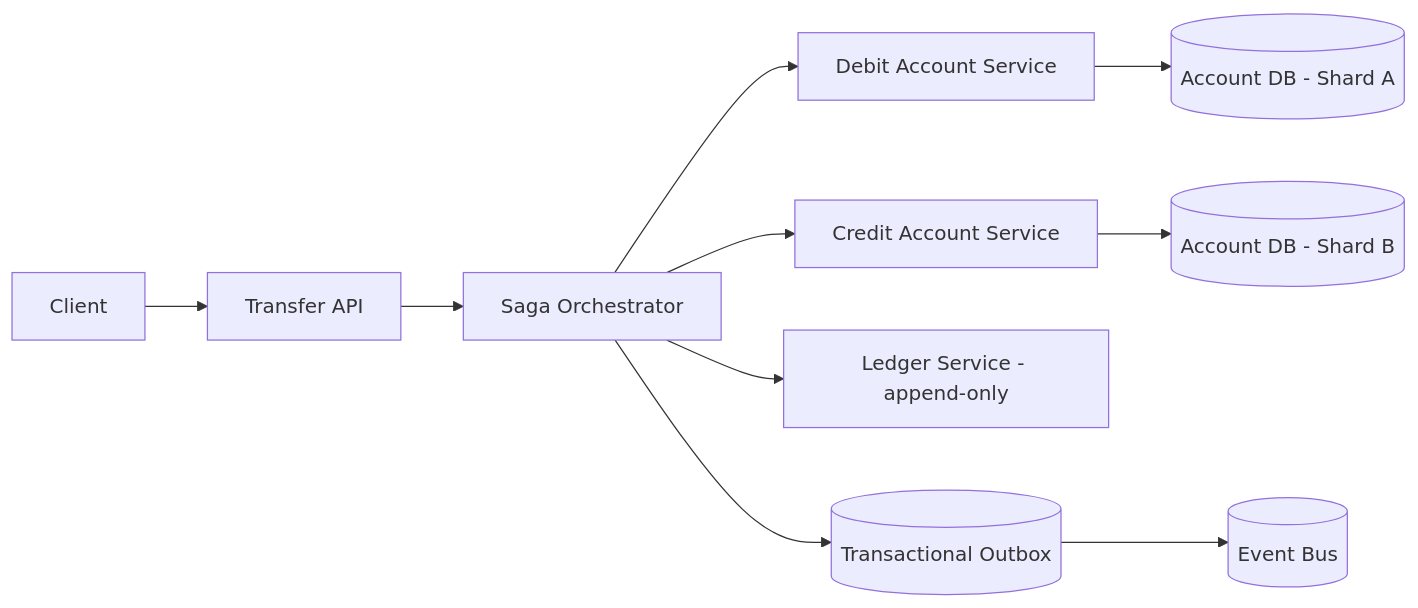
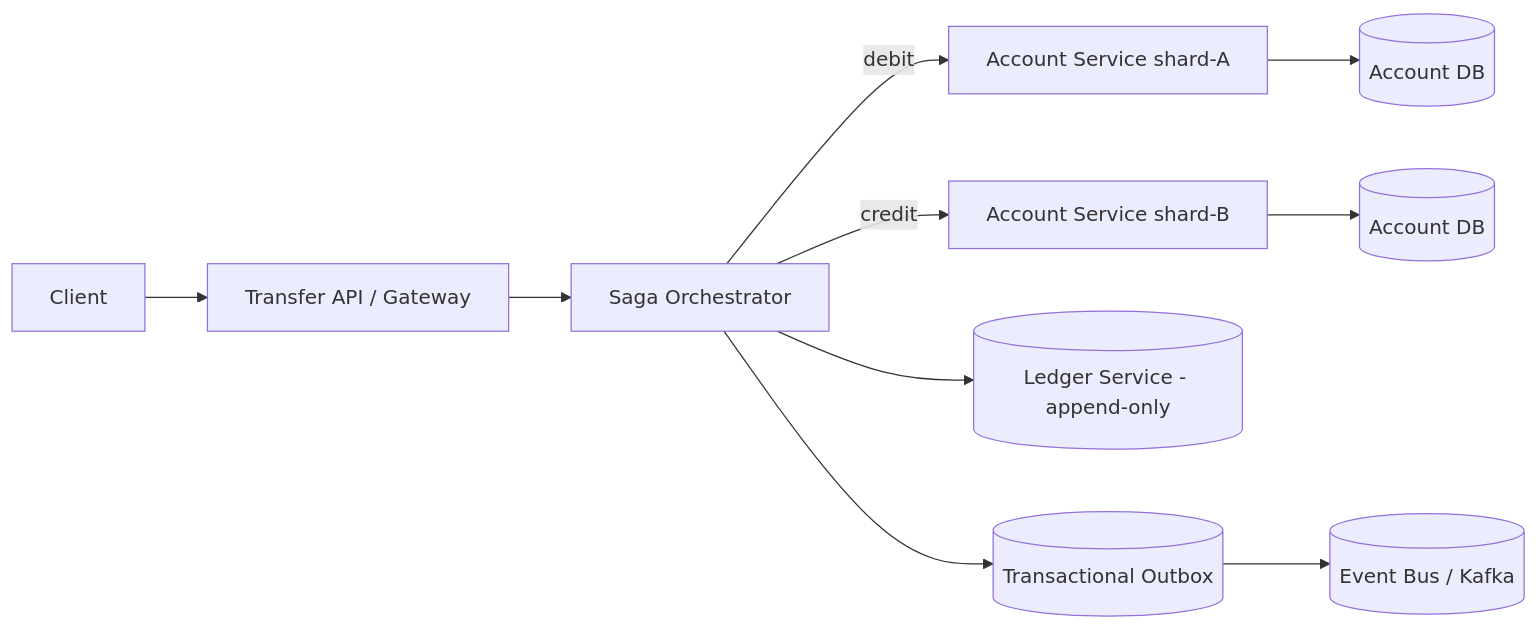
One commit to abhishekghoshh/system-design-helper changed the first of 12 diagrams in docs/system-design/high-level/designing/advanced/distributed-transaction-banking-system.md. Above: the diagram before and after it, drawn with Mermaid. The commit also changed other lines of this file and 107 other files, not shown here.

````diff
--- a/docs/system-design/high-level/designing/advanced/distributed-transaction-banking-system.md
+++ b/docs/system-design/high-level/designing/advanced/distributed-transaction-banking-system.md
@@ -66,12 +58,12 @@
 ```mermaid
 flowchart LR
-    Client --> TransferAPI[Transfer API]
-    TransferAPI --> SagaOrchestrator[Saga Orchestrator]
-    SagaOrchestrator --> DebitService[Debit Account Service]
-    SagaOrchestrator --> CreditService[Credit Account Service]
-    SagaOrchestrator --> LedgerService[Ledger Service - append-only]
-    DebitService --> DebitDB[(Account DB - Shard A)]
-    CreditService --> CreditDB[(Account DB - Shard B)]
-    SagaOrchestrator --> OutboxTable[(Transactional Outbox)]
-    OutboxTable --> EventBus[(Event Bus)]
+    Client --> API[Transfer API / Gateway]
+    API --> Orch[Saga Orchestrator]
+    Orch -->|debit| A[Account Service shard-A]
+    Orch -->|credit| B[Account Service shard-B]
+    Orch --> L[(Ledger Service - append-only)]
+    Orch --> Out[(Transactional Outbox)]
+    Out --> Bus[(Event Bus / Kafka)]
+    A --> ADB[(Account DB)]
+    B --> BDB[(Account DB)]
 ```
````
